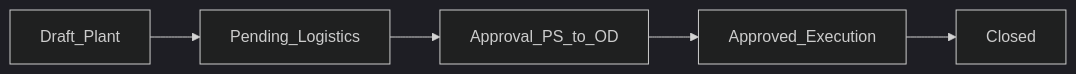
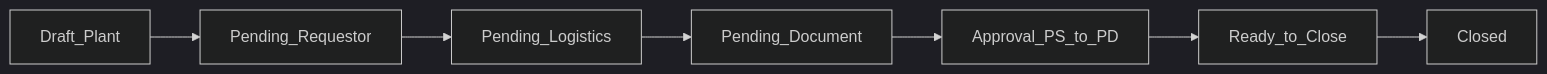
The second of 2 diagrams in docs/user-manual/ARKA-PCR-User-Manual.md (frizkyramadhan/arka-pcr-new), drawn with Mermaid (dark theme) before and after one commit. The commit also changed other lines of this file and 55 other files, not shown here.

````diff
--- a/docs/user-manual/ARKA-PCR-User-Manual.md
+++ b/docs/user-manual/ARKA-PCR-User-Manual.md
@@ -616,7 +717,9 @@
 ```mermaid
 flowchart LR
-  Draft[Draft_Plant] --> Logistics[Pending_Logistics]
-  Logistics --> Appr[Approval_PS_to_OD]
-  Appr --> Exec[Approved_Execution]
-  Exec --> Closed[Closed]
+  Draft[Draft_Plant] --> Req[Pending_Requestor]
+  Req --> Logistics[Pending_Logistics]
+  Logistics --> Doc[Pending_Document]
+  Doc --> Appr[Approval_PS_to_PD]
+  Appr --> Ready[Ready_to_Close]
+  Ready --> Closed[Closed]
 ```
````
